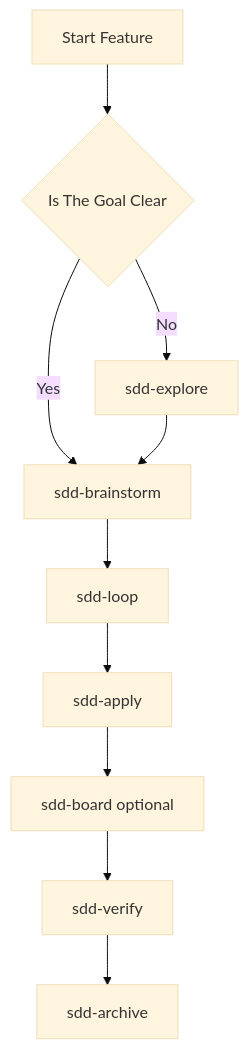
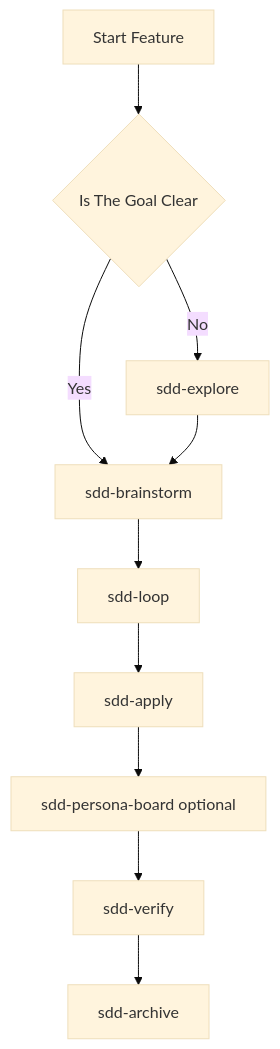
One commit to devopstales/aiskillgrid changed the first of 3 diagrams in docs/02-workflow-usage.md. Above: the diagram before and after it, drawn with Mermaid (base theme). The commit also changed other lines of this file and 48 other files, not shown here.

````diff
--- a/docs/02-workflow-usage.md
+++ b/docs/02-workflow-usage.md
@@ -32,12 +32,12 @@
 ```mermaid
 flowchart TD
   Start[Start Feature] --> Clear{Is The Goal Clear}
   Clear -->|No| Explore[sdd-explore]
   Clear -->|Yes| Brainstorm[sdd-brainstorm]
   Explore --> Brainstorm
   Brainstorm --> Loop[sdd-loop]
   Loop --> Apply[sdd-apply]
-  Apply --> Board[sdd-board optional]
+  Apply --> Board[sdd-persona-board optional]
   Board --> Verify[sdd-verify]
   Verify --> Archive[sdd-archive]
 ```
````
